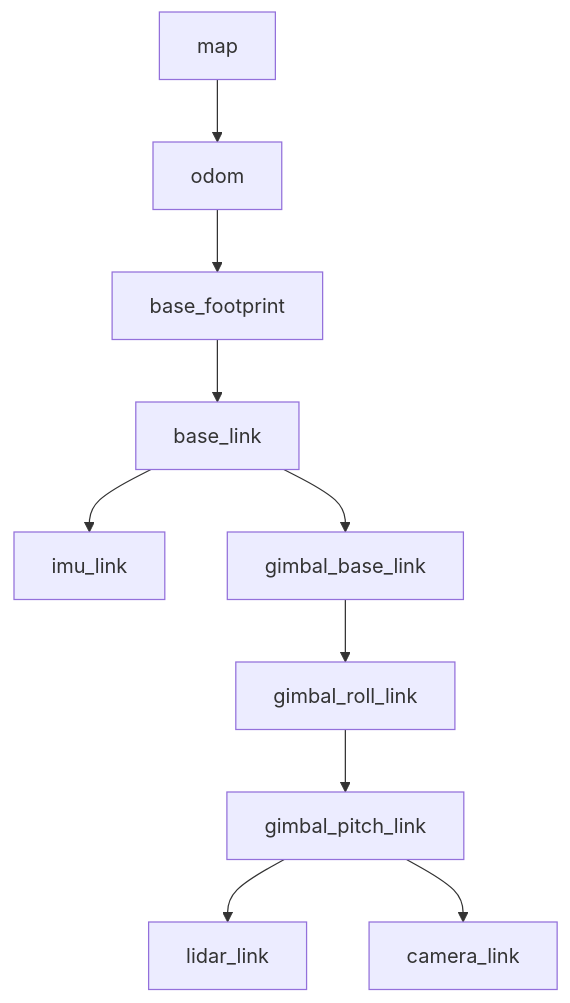
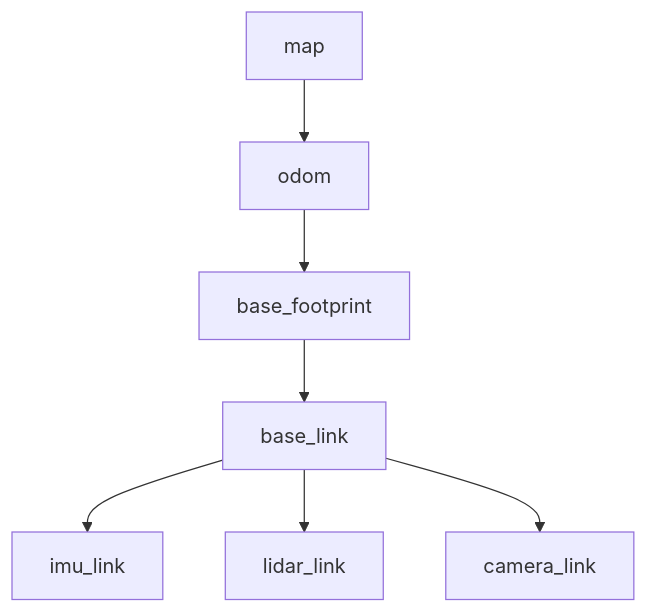
Before and after one commit to Common-AIOT/Sentinel-UGV: the first of 8 diagrams in docs/04-자율주행-AI.md, drawn with Mermaid. The commit also changed other lines of this file and 7 other files, not shown here.

````diff
--- a/docs/04-자율주행-AI.md
+++ b/docs/04-자율주행-AI.md
@@ -195,12 +193,9 @@
 ```mermaid
 flowchart TB
     map --> odom
     odom --> base_footprint
     base_footprint --> base_link
     base_link --> imu_link
-    base_link --> gimbal_base_link
-    gimbal_base_link --> gimbal_roll_link
-    gimbal_roll_link --> gimbal_pitch_link
-    gimbal_pitch_link --> lidar_link
-    gimbal_pitch_link --> camera_link
+    base_link --> lidar_link
+    base_link --> camera_link
 ```
````
